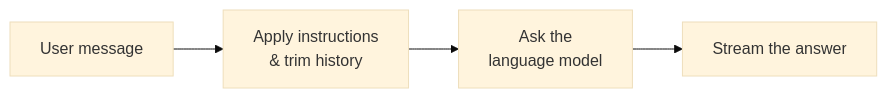
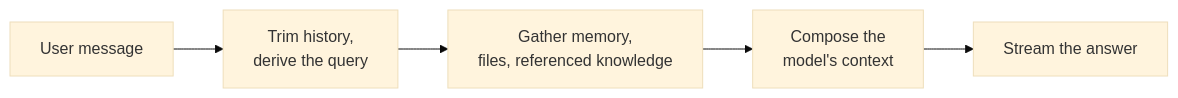
One commit to bbvch-ai/aihub-core changed the diagram in docs/docs/2_platform/5_agents/3_instructed_assistant/index.en.md. Above: the diagram before and after it, drawn with Mermaid (base theme). The commit also changed other lines of this file and 25 other files, not shown here.

````diff
--- a/docs/docs/2_platform/5_agents/3_instructed_assistant/index.en.md
+++ b/docs/docs/2_platform/5_agents/3_instructed_assistant/index.en.md
@@ -28,6 +28,7 @@
 ```mermaid
 flowchart LR
-    A[User message] --> B[Apply instructions<br/>& trim history]
-    B --> C[Ask the<br/>language model]
-    C --> D[Stream the answer]
+    A[User message] --> B[Trim history,<br/>derive the query]
+    B --> C[Gather memory,<br/>files, referenced knowledge]
+    C --> D[Compose the<br/>model's context]
+    D --> E[Stream the answer]
 ```
````
